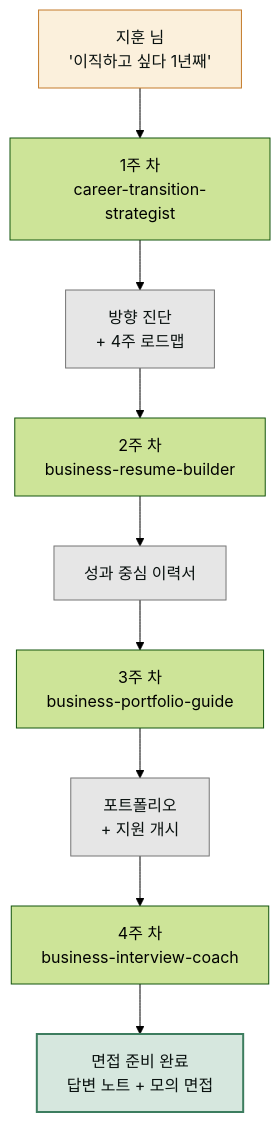
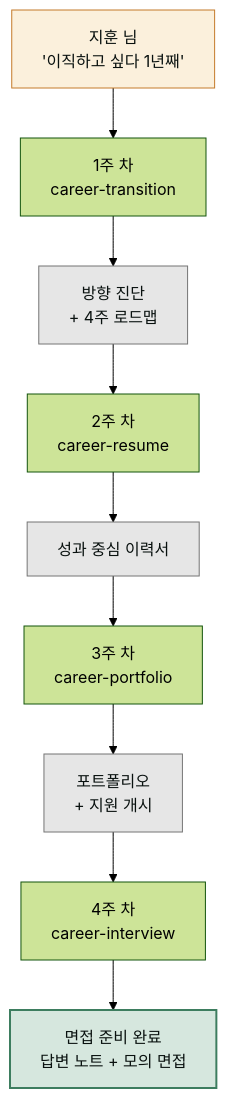
Before and after one commit to modu-ai/cowork-plugins: the diagram in www/content/cookbook/projects/career-transition-4weeks.md, drawn with Mermaid (forest theme). The commit also changed other lines of this file and 278 other files, not shown here.

````diff
--- a/www/content/cookbook/projects/career-transition-4weeks.md
+++ b/www/content/cookbook/projects/career-transition-4weeks.md
@@ -53,17 +53,17 @@
 ```mermaid
 flowchart TD
-   U["지훈 님<br/>'이직하고 싶다 1년째'"] --> C1["1주 차<br/>career-transition-strategist"]
+   U["지훈 님<br/>'이직하고 싶다 1년째'"] --> C1["1주 차<br/>career-transition"]
    C1 --> R1["방향 진단<br/>+ 4주 로드맵"]
-   R1 --> C2["2주 차<br/>business-resume-builder"]
+   R1 --> C2["2주 차<br/>career-resume"]
    C2 --> R2["성과 중심 이력서"]
-   R2 --> C3["3주 차<br/>business-portfolio-guide"]
+   R2 --> C3["3주 차<br/>career-portfolio"]
    C3 --> R3["포트폴리오<br/>+ 지원 개시"]
-   R3 --> C4["4주 차<br/>business-interview-coach"]
+   R3 --> C4["4주 차<br/>career-interview"]
    C4 --> OUT["면접 준비 완료<br/>답변 노트 + 모의 면접"]
 
    style U fill:#fbf0dc,stroke:#c47b2a,color:#09110f
    style R1 fill:#e6e6e6,stroke:#757575,color:#09110f
    style R2 fill:#e6e6e6,stroke:#757575,color:#09110f
    style R3 fill:#e6e6e6,stroke:#757575,color:#09110f
    style OUT fill:#d6e7de,stroke:#3d7d5f,stroke-width:2px,color:#09110f
 ```
````
